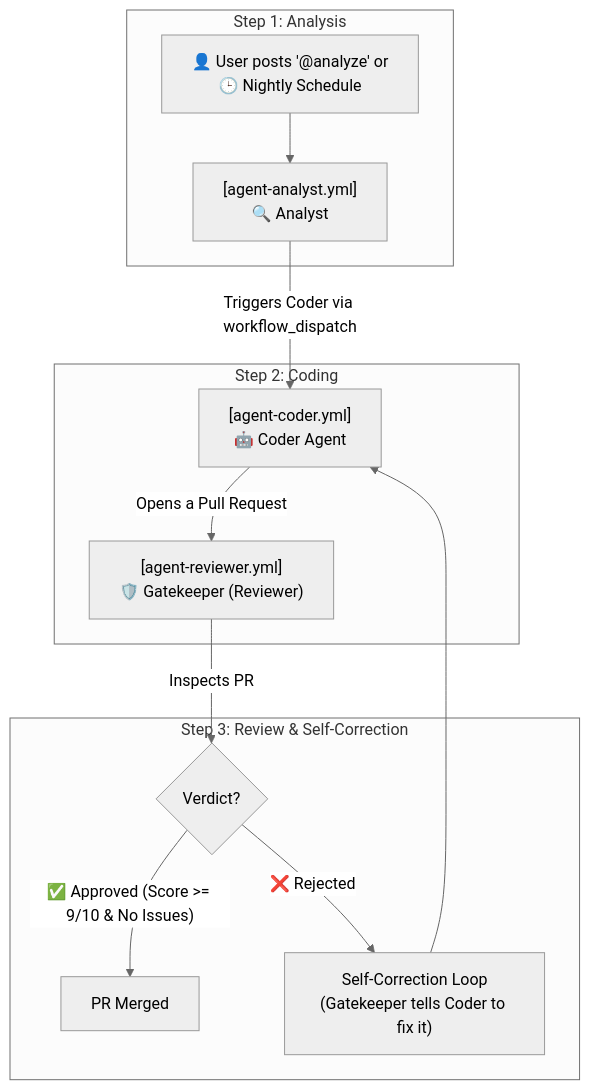
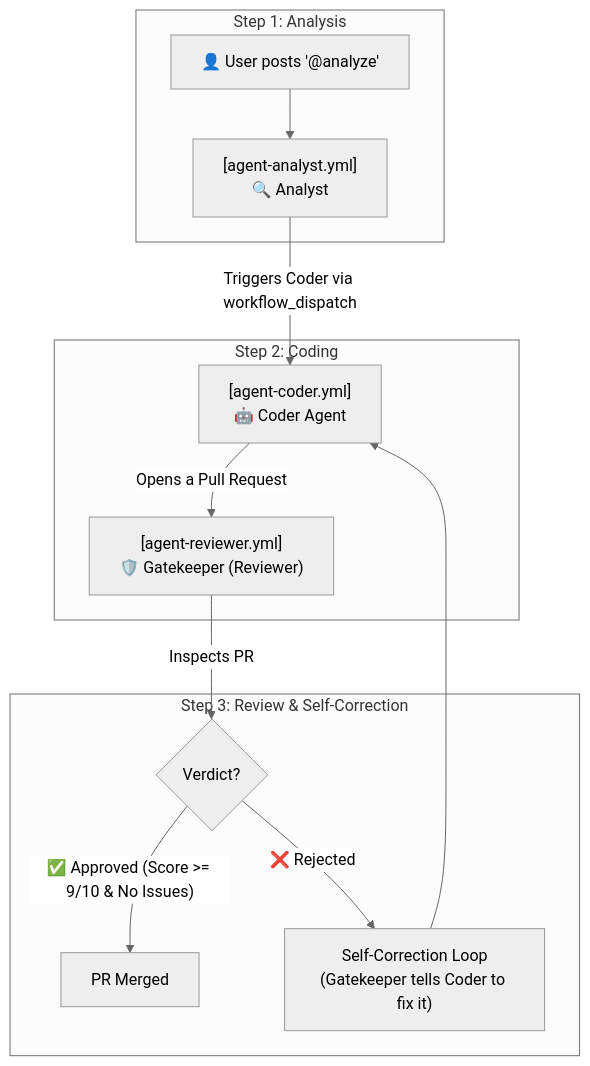
Before and after one commit to BUZASLAN128/HiveMind-Actions: the diagram in README.md, drawn with Mermaid (neutral theme). The commit also changed other lines of this file and 1 other file, not shown here.

````diff
--- a/README.md
+++ b/README.md
@@ -80,16 +78,16 @@
 ```mermaid
 graph TD
     subgraph "Step 1: Analysis"
-        A["👤 User posts '@analyze' or<br>🕒 Nightly Schedule"] --> B["[agent-analyst.yml]<br>🔍 Analyst"];
+        A["👤 User posts '@analyze'"] --> B["[agent-analyst.yml]<br>🔍 Analyst"];
     end
     subgraph "Step 2: Coding"
         B -- "Triggers Coder via workflow_dispatch" --> C["[agent-coder.yml]<br>🤖 Coder Agent"];
         C -- "Opens a Pull Request" --> D;
     end
     subgraph "Step 3: Review & Self-Correction"
         D["[agent-reviewer.yml]<br>🛡️ Gatekeeper (Reviewer)"] -- "Inspects PR" --> E{"Verdict?"};
         E -- "✅ Approved (Score >= 9/10 & No Issues)" --> F["PR Merged"];
         E -- "❌ Rejected" --> G["Self-Correction Loop<br>(Gatekeeper tells Coder to fix it)"];
         G --> C;
     end
 ```
````
